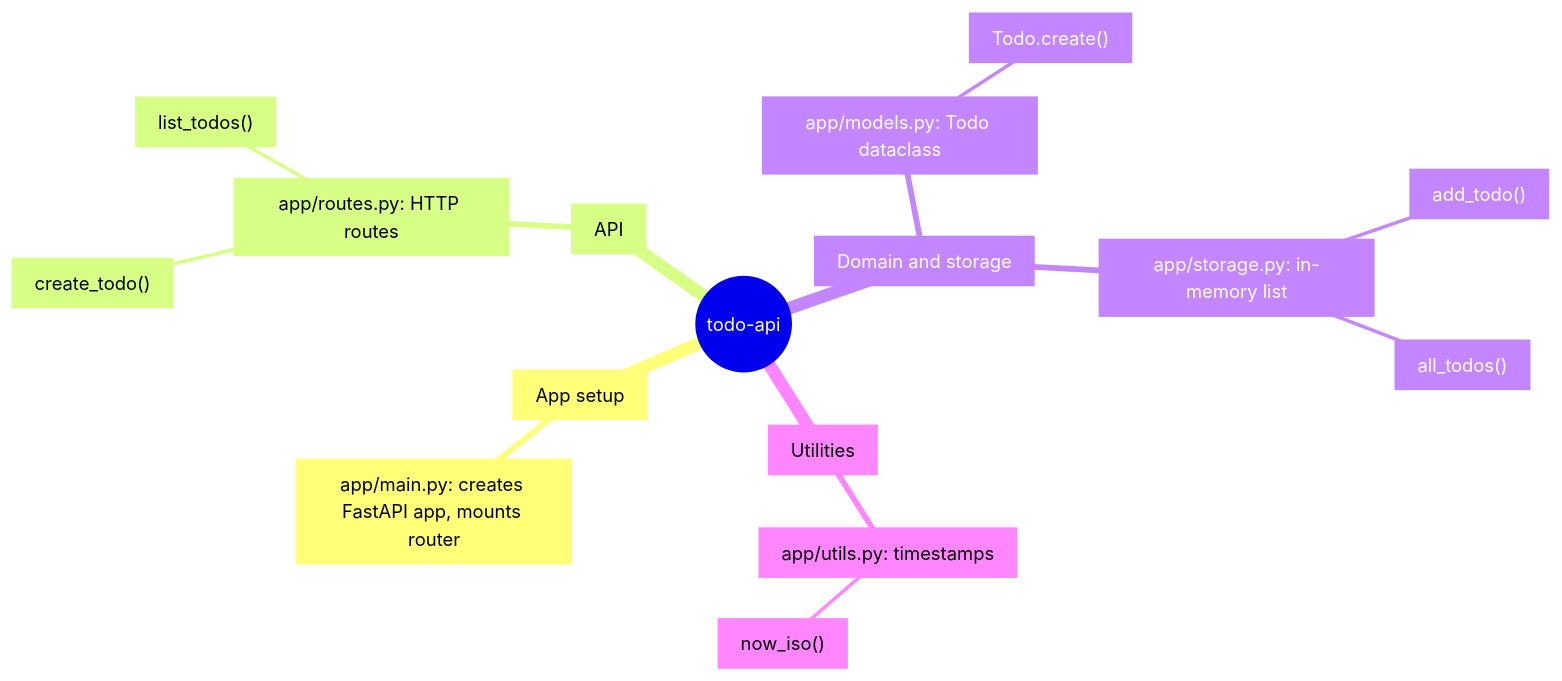
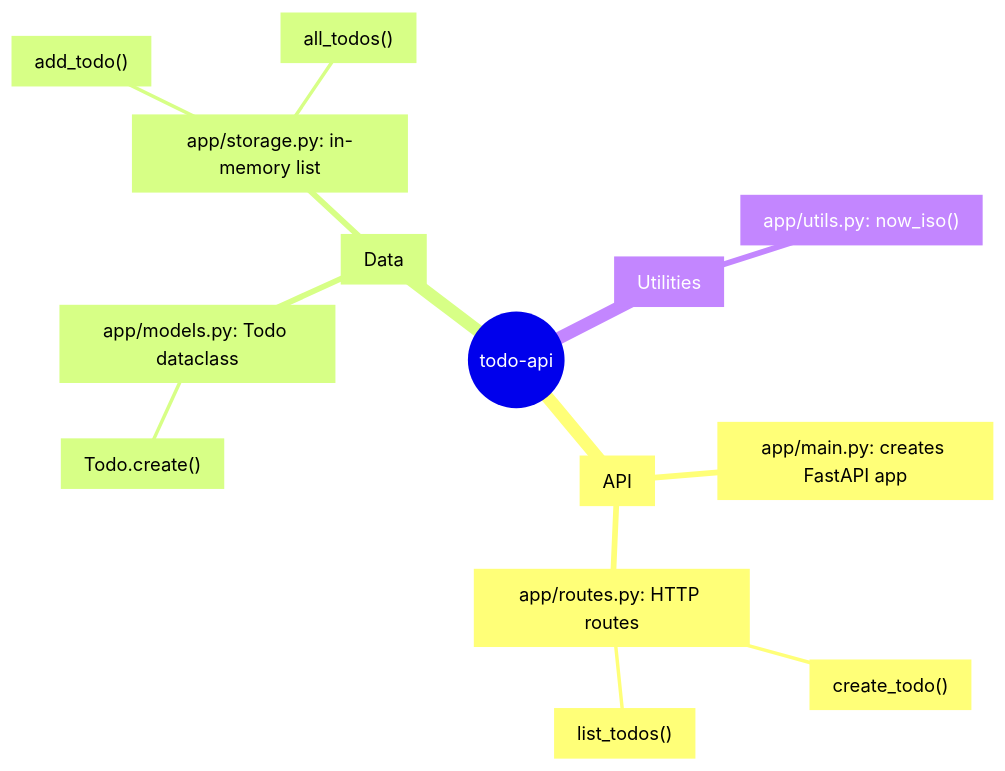
Before and after one commit to hxxnn/codemap: the diagram in examples/python-todo-api/docs/codemap/mindmap.md, drawn with Mermaid. The commit also changed other lines of this file and 35 other files, not shown here.

````diff
--- a/examples/python-todo-api/docs/codemap/mindmap.md
+++ b/examples/python-todo-api/docs/codemap/mindmap.md
@@ -16,19 +14,17 @@
 ```mermaid
 mindmap
   root((todo-api))
-    a1["App setup"]
-      a2["app/main.py: creates FastAPI app, mounts router"]
-    a3["API"]
-      a4["app/routes.py: HTTP routes"]
-        a5["create_todo()"]
-        a6["list_todos()"]
-    a7["Domain and storage"]
-      a8["app/models.py: Todo dataclass"]
-        a9["Todo.create()"]
-      a10["app/storage.py: in-memory list"]
-        a11["add_todo()"]
-        a12["all_todos()"]
-    a13["Utilities"]
-      a14["app/utils.py: timestamps"]
-        a15["now_iso()"]
+    a1["API"]
+      a2["app/main.py: creates FastAPI app"]
+      a3["app/routes.py: HTTP routes"]
+        a4["create_todo()"]
+        a5["list_todos()"]
+    a6["Data"]
+      a7["app/models.py: Todo dataclass"]
+        a8["Todo.create()"]
+      a9["app/storage.py: in-memory list"]
+        a10["add_todo()"]
+        a11["all_todos()"]
+    a12["Utilities"]
+      a13["app/utils.py: now_iso()"]
 ```
````
